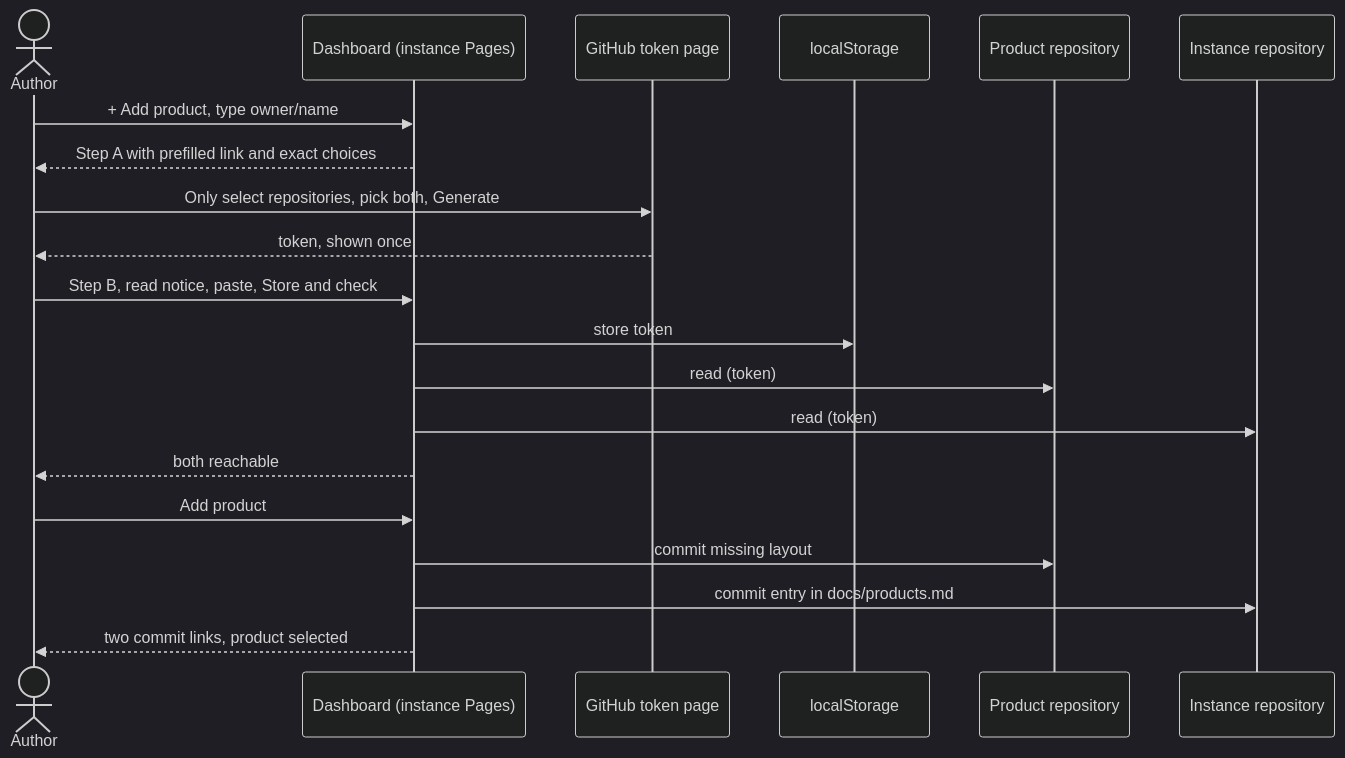
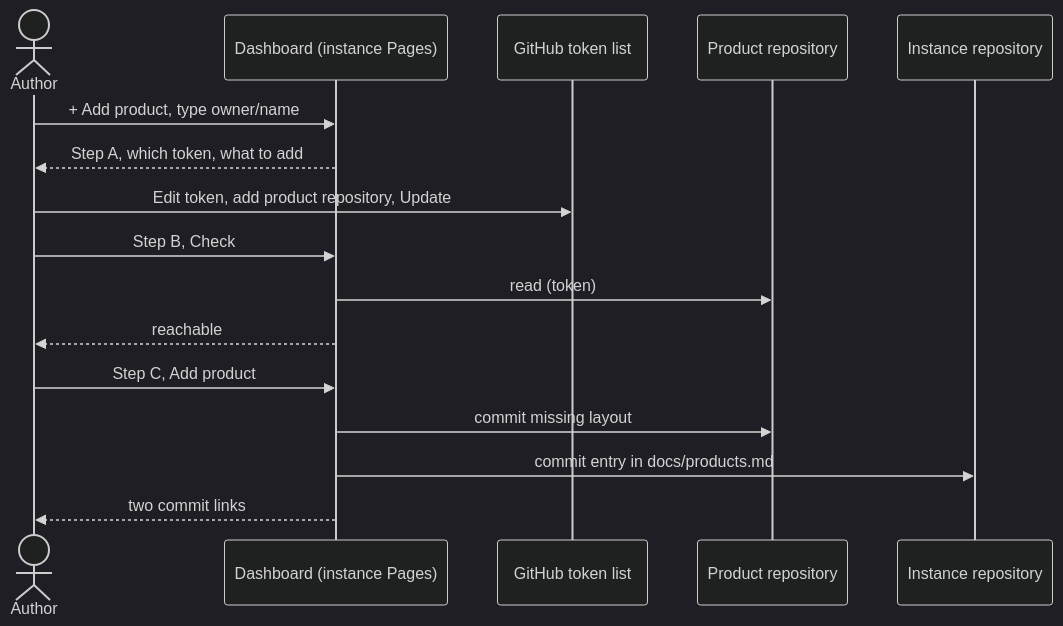
Before and after one commit to akmaier/agent-m: the diagram in docs/use-cases/UC-001-add-a-managed-product.md, drawn with Mermaid (dark theme). The commit also changed other lines of this file and 1 other file, not shown here.

First line of the commit message:
docs(use-cases): the token is created when the instance is set up; adding a product extends it

````diff
--- a/docs/use-cases/UC-001-add-a-managed-product.md
+++ b/docs/use-cases/UC-001-add-a-managed-product.md
@@ -77,22 +71,18 @@
 ```mermaid
 sequenceDiagram
     actor A as Author
     participant D as Dashboard (instance Pages)
-    participant G as GitHub token page
-    participant L as localStorage
+    participant G as GitHub token list
     participant P as Product repository
     participant I as Instance repository
     A->>D: + Add product, type owner/name
-    D-->>A: Step A with prefilled link and exact choices
-    A->>G: Only select repositories, pick both, Generate
-    G-->>A: token, shown once
-    A->>D: Step B, read notice, paste, Store and check
-    D->>L: store token
+    D-->>A: Step A, which token, what to add
+    A->>G: Edit token, add product repository, Update
+    A->>D: Step B, Check
     D->>P: read (token)
-    D->>I: read (token)
-    D-->>A: both reachable
-    A->>D: Add product
+    D-->>A: reachable
+    A->>D: Step C, Add product
     D->>P: commit missing layout
     D->>I: commit entry in docs/products.md
-    D-->>A: two commit links, product selected
+    D-->>A: two commit links
 ```
````
